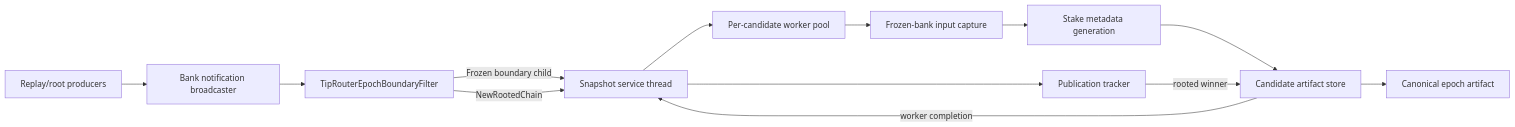
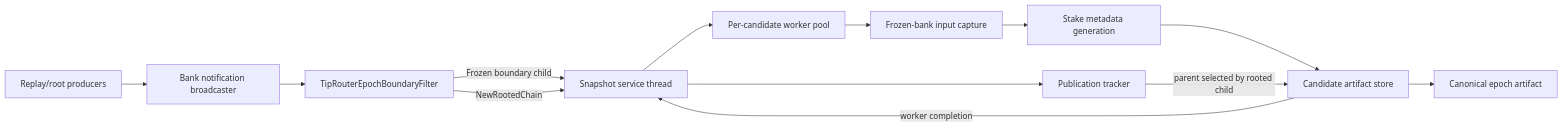
One commit to jito-foundation/jito-solana changed the diagram in jito-tip-router-snapshot-service/README.md. Above: the diagram before and after it, drawn with Mermaid. The commit also changed other lines of this file and 3 other files, not shown here.

````diff
--- a/jito-tip-router-snapshot-service/README.md
+++ b/jito-tip-router-snapshot-service/README.md
@@ -77,15 +83,15 @@
 ```mermaid
 flowchart LR
     P[Replay/root producers] --> B[Bank notification broadcaster]
     B --> F[TipRouterEpochBoundaryFilter]
     F -->|Frozen boundary child| S[Snapshot service thread]
     F -->|NewRootedChain| S
     S --> T[Publication tracker]
     S --> W[Per-candidate worker pool]
     W --> C[Frozen-bank input capture]
     C --> M[Stake metadata generation]
     M --> A[Candidate artifact store]
     A -->|worker completion| S
-    T -->|rooted winner| A
+    T -->|parent selected by rooted child| A
     A --> O[Canonical epoch artifact]
 ```
````
